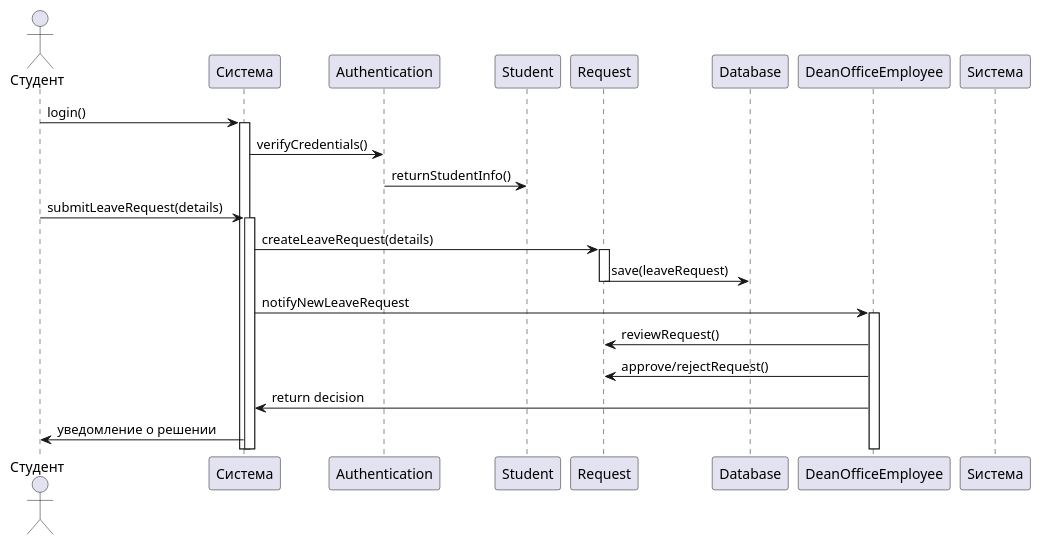
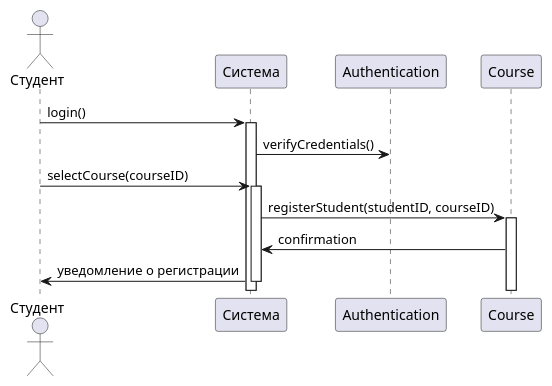
The diagram in Прецеденты/Регистрация студента на курс через систему деканата/Диаграмма последовательности.md (penamarth/bsbo-02-22_team4_var4), drawn with PlantUML before and after one commit.

Commit message:
Update Диаграмма последовательности.md

````diff
--- a/Прецеденты/Регистрация студента на курс через систему деканата/Диаграмма последовательности.md
+++ b/Прецеденты/Регистрация студента на курс через систему деканата/Диаграмма последовательности.md
@@ -1,30 +1,21 @@
 ```plantuml
 @startuml
 
 actor Студент
 
 Студент -> Система : login()
 activate Система
 Система -> Authentication : verifyCredentials()
-Authentication -> Student : returnStudentInfo()
 deactivate Authentication
 
-Студент -> Система : submitLeaveRequest(details)
+Студент -> Система : selectCourse(courseID)
 activate Система
-Система -> Request : createLeaveRequest(details)
-activate Request
-Request -> Database : save(leaveRequest)
-deactivate Request
+Система -> Course : registerStudent(studentID, courseID)
+activate Course
 
-Система -> DeanOfficeEmployee : notifyNewLeaveRequest
-activate DeanOfficeEmployee
-DeanOfficeEmployee -> Request : reviewRequest()
-DeanOfficeEmployee -> Request : approve/rejectRequest()
-deactivate Request
-
-Система <- DeanOfficeEmployee : return decision
-Студент <- Система : уведомление о решении
-deactivate Sистема
+Система <- Course : confirmation
+Студент <- Система : уведомление о регистрации
+deactivate Система
 
 @enduml
 ```
````
